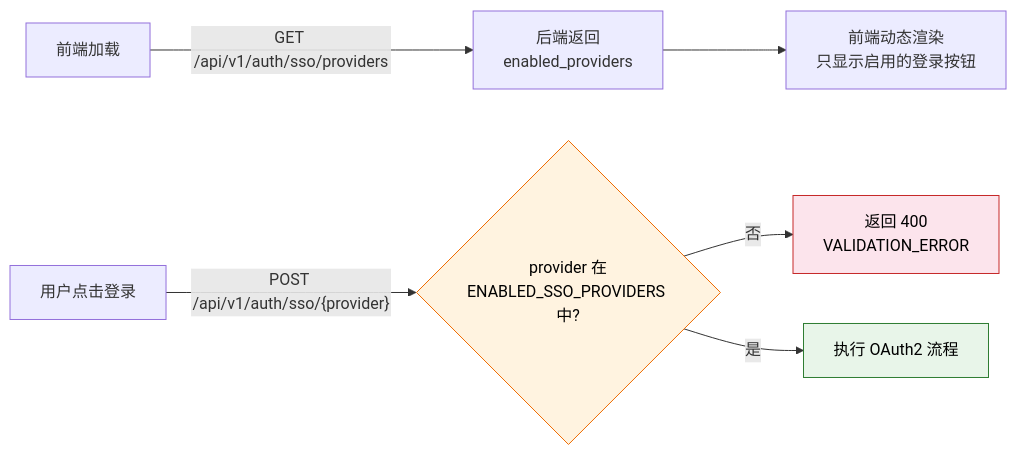
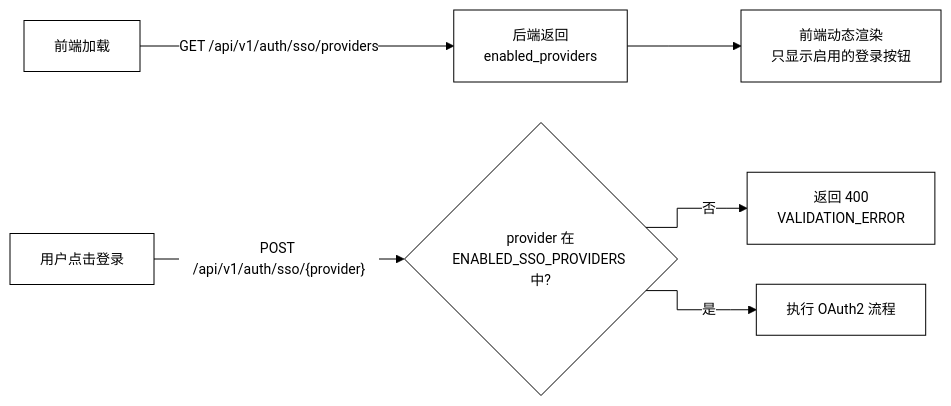
One commit to onceme/instantboard changed the first of 3 diagrams in docs/design/security.md. Above: the diagram before and after it, drawn with Mermaid. The commit also changed other lines of this file and 11 other files, not shown here.

Commit message:
docs: unify mermaid diagrams to black-and-white orthogonal style

````diff
--- a/docs/design/security.md
+++ b/docs/design/security.md
@@ -167,12 +167,9 @@
 ```mermaid
+%%{init: {"theme": "base", "themeVariables": {"background": "#ffffff", "primaryColor": "#ffffff", "primaryTextColor": "#000000", "primaryBorderColor": "#000000", "lineColor": "#000000", "secondaryColor": "#ffffff", "secondaryTextColor": "#000000", "secondaryBorderColor": "#000000", "tertiaryColor": "#ffffff", "tertiaryTextColor": "#000000", "tertiaryBorderColor": "#000000", "edgeLabelBackground": "#ffffff", "textColor": "#000000", "nodeTextColor": "#000000", "mainBkg": "#ffffff", "nodeBorder": "#000000", "clusterBkg": "#ffffff", "clusterBdr": "#000000", "clusterTextColor": "#000000", "titleColor": "#000000", "fontSize": "14px"}, "flowchart": {"curve": "step", "nodeSpacing": 40, "rankSpacing": 50, "wrappingWidth": 180, "useMaxWidth": true}}}%%
 graph LR
     A["前端加载"] -->|"GET /api/v1/auth/sso/providers"| B["后端返回<br/>enabled_providers"]
     B --> C["前端动态渲染<br/>只显示启用的登录按钮"]
     D["用户点击登录"] -->|"POST /api/v1/auth/sso/{provider}"| E{"provider 在<br/>ENABLED_SSO_PROVIDERS 中?"}
     E -->|"否"| F["返回 400<br/>VALIDATION_ERROR"]
     E -->|"是"| G["执行 OAuth2 流程"]
-
-    style E fill:#fff3e0,stroke:#ef6c00,color:#000
-    style F fill:#fce4ec,stroke:#c62828,color:#000
-    style G fill:#e8f5e9,stroke:#2e7d32,color:#000
 ```
````
